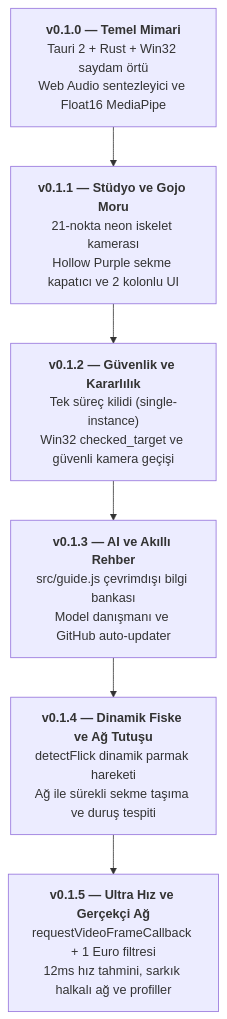
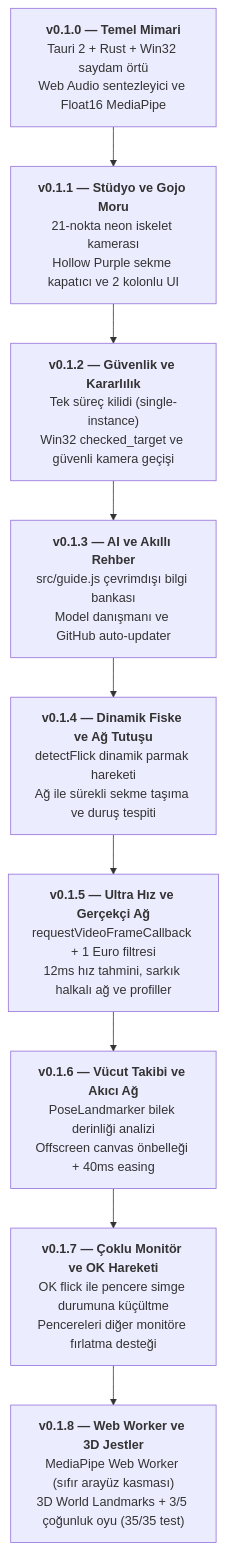
The third of 3 diagrams in README.md (jagwey/web-shooter), drawn with Mermaid before and after one commit. The commit also changed other lines of this file and 1 other file, not shown here.

Commit message:
docs: document v0.1.6 to v0.1.8 milestones, web worker tracking, and 35/35 passing tests

````diff
--- a/README.md
+++ b/README.md
@@ -125,11 +125,14 @@
 ```mermaid
 flowchart TD
     v010["<b>v0.1.0 — Temel Mimari</b><br/>Tauri 2 + Rust + Win32 saydam örtü<br/>Web Audio sentezleyici ve Float16 MediaPipe"]
     v011["<b>v0.1.1 — Stüdyo ve Gojo Moru</b><br/>21-nokta neon iskelet kamerası<br/>Hollow Purple sekme kapatıcı ve 2 kolonlu UI"]
     v012["<b>v0.1.2 — Güvenlik ve Kararlılık</b><br/>Tek süreç kilidi (single-instance)<br/>Win32 checked_target ve güvenli kamera geçişi"]
     v013["<b>v0.1.3 — AI ve Akıllı Rehber</b><br/>src/guide.js çevrimdışı bilgi bankası<br/>Model danışmanı ve GitHub auto-updater"]
     v014["<b>v0.1.4 — Dinamik Fiske ve Ağ Tutuşu</b><br/>detectFlick dinamik parmak hareketi<br/>Ağ ile sürekli sekme taşıma ve duruş tespiti"]
     v015["<b>v0.1.5 — Ultra Hız ve Gerçekçi Ağ</b><br/>requestVideoFrameCallback + 1 Euro filtresi<br/>12ms hız tahmini, sarkık halkalı ağ ve profiller"]
+    v016["<b>v0.1.6 — Vücut Takibi ve Akıcı Ağ</b><br/>PoseLandmarker bilek derinliği analizi<br/>Offscreen canvas önbelleği + 40ms easing"]
+    v017["<b>v0.1.7 — Çoklu Monitör ve OK Hareketi</b><br/>OK flick ile pencere simge durumuna küçültme<br/>Pencereleri diğer monitöre fırlatma desteği"]
+    v018["<b>v0.1.8 — Web Worker ve 3D Jestler</b><br/>MediaPipe Web Worker (sıfır arayüz kasması)<br/>3D World Landmarks + 3/5 çoğunluk oyu (35/35 test)"]
 
-    v010 --> v011 --> v012 --> v013 --> v014 --> v015
+    v010 --> v011 --> v012 --> v013 --> v014 --> v015 --> v016 --> v017 --> v018
 ```
````
